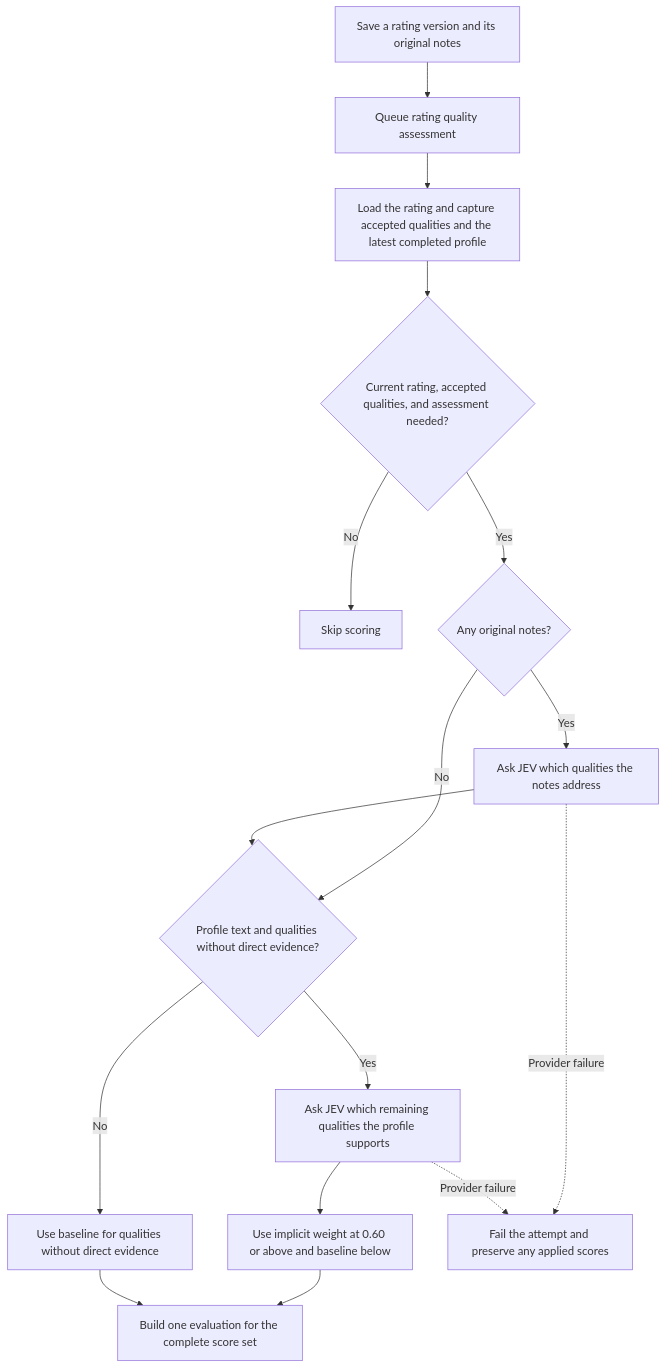
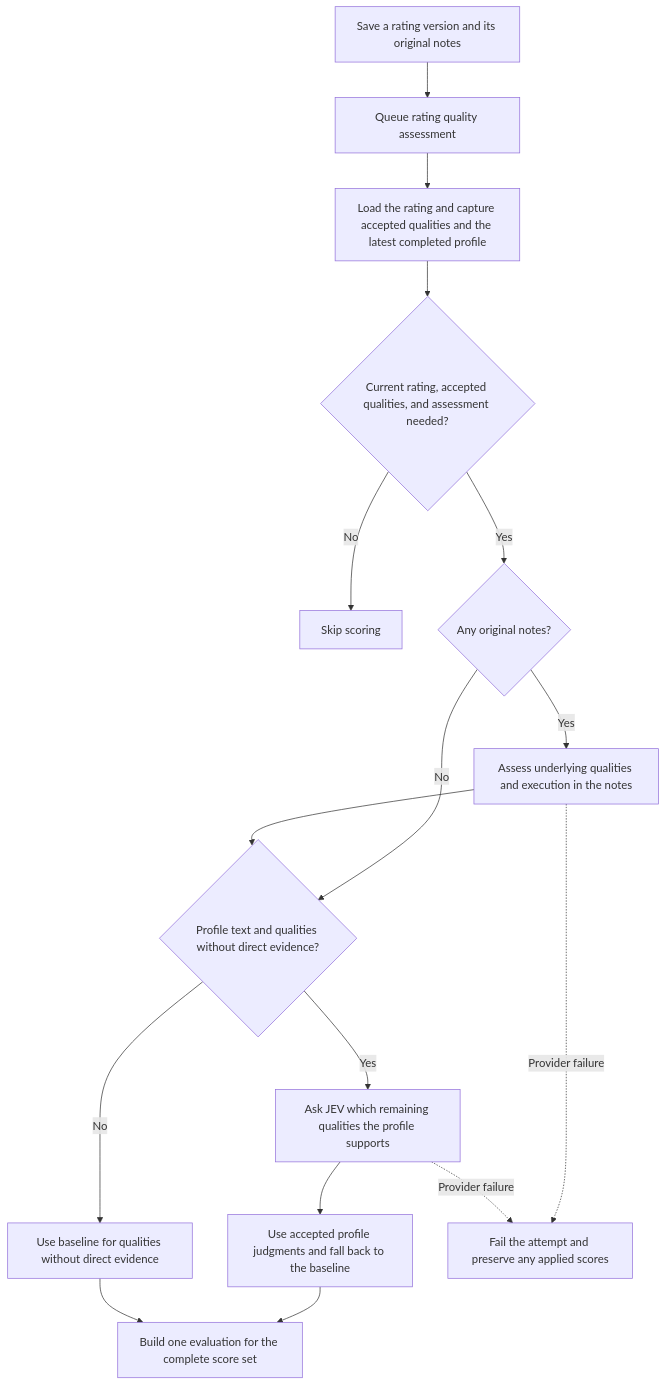
The third of 6 diagrams in docs/ratings_scoring_design.md (adambelton/glutton), drawn with Mermaid before and after one commit. The commit also changed other lines of this file and 36 other files, not shown here.

````diff
--- a/docs/ratings_scoring_design.md
+++ b/docs/ratings_scoring_design.md
@@ -95,18 +95,18 @@
 ```mermaid
 flowchart TD
     A["Save a rating version and its original notes"] --> B["Queue rating quality assessment"]
     B --> C["Load the rating and capture accepted qualities and the latest completed profile"]
     C --> D{"Current rating, accepted qualities, and assessment needed?"}
     D -- No --> E["Skip scoring"]
     D -- Yes --> F{"Any original notes?"}
-    F -- Yes --> G["Ask JEV which qualities the notes address"]
+    F -- Yes --> G["Assess underlying qualities and execution in the notes"]
     F -- No --> H{"Profile text and qualities without direct evidence?"}
     G --> H
     H -- Yes --> I["Ask JEV which remaining qualities the profile supports"]
-    I --> J["Use implicit weight at 0.60 or above and baseline below"]
+    I --> J["Use accepted profile judgments and fall back to the baseline"]
     H -- No --> K["Use baseline for qualities without direct evidence"]
     J --> L["Build one evaluation for the complete score set"]
     K --> L
     G -. Provider failure .-> M["Fail the attempt and preserve any applied scores"]
     I -. Provider failure .-> M
 ```
````
